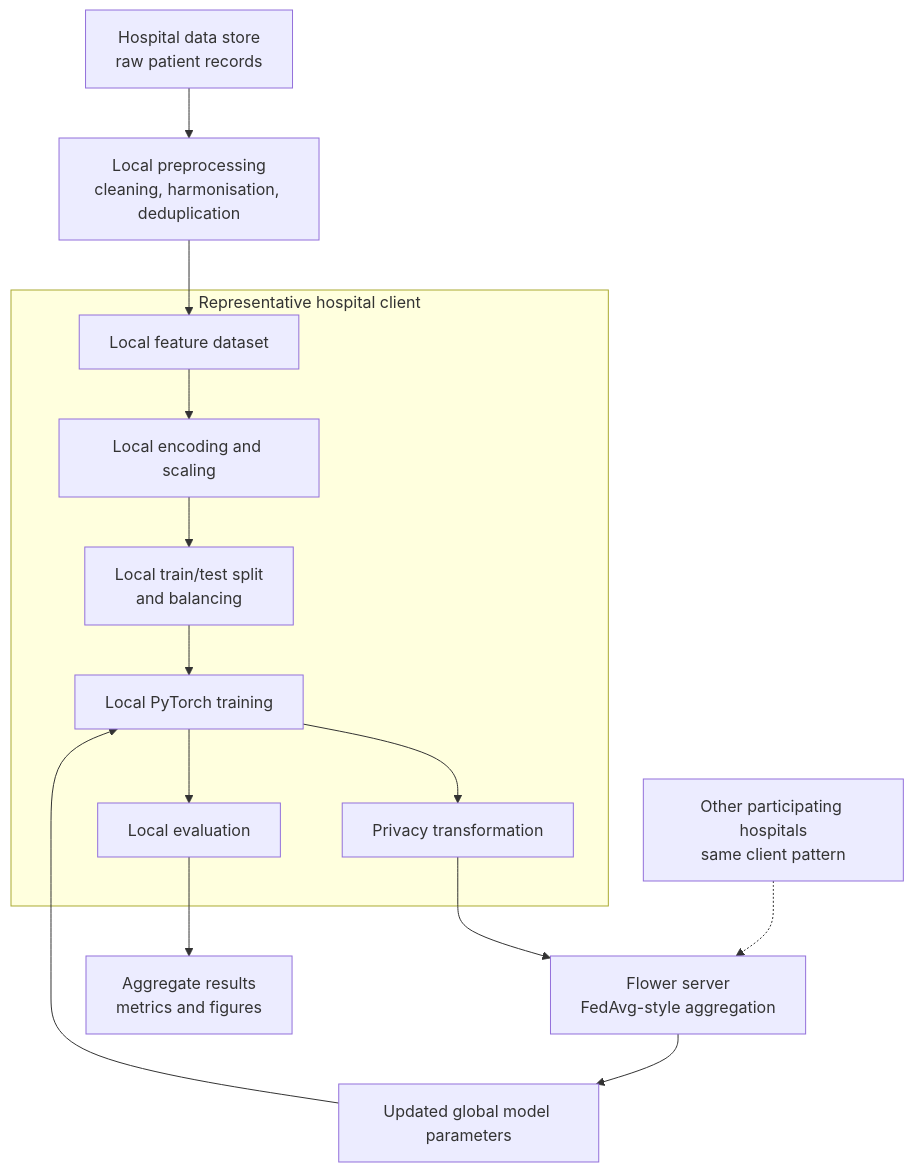
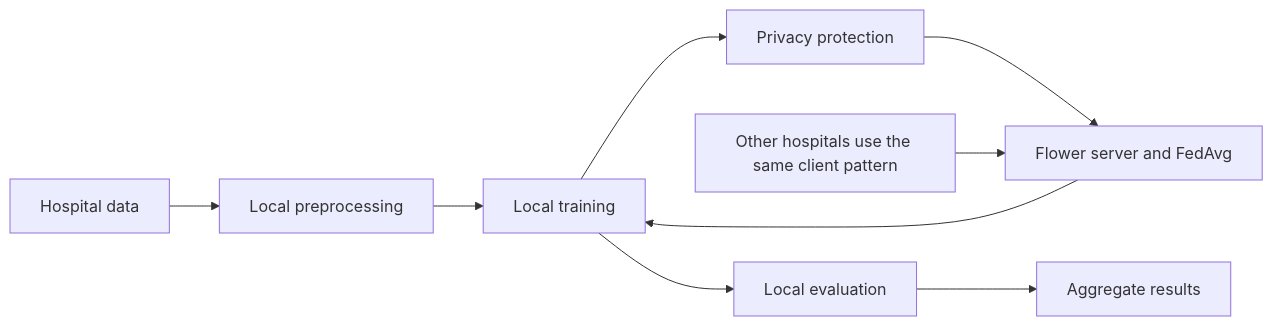
One commit to FrankSich/FedArg changed the first of 3 diagrams in README.md. Above: the diagram before and after it, drawn with Mermaid. The commit also changed other lines of this file and 1 other file, not shown here.

Commit message:
Repair visible architecture overview

````diff
--- a/README.md
+++ b/README.md
@@ -35,17 +35,11 @@
 ```mermaid
-flowchart TB
-	R[Hospital data store<br/>raw patient records] --> P[Local preprocessing<br/>cleaning, harmonisation, deduplication]
-	P --> C[Local feature dataset]
-	subgraph H[Representative hospital client]
-		C --> E[Local encoding and scaling]
-		E --> T[Local train/test split<br/>and balancing]
-		T --> M[Local PyTorch training]
-		M --> Q[Privacy transformation]
-		M --> V[Local evaluation]
-	end
-	Q --> S[Flower server<br/>FedAvg-style aggregation]
-	S --> G[Updated global model parameters]
-	G --> M
-	V --> O[Aggregate results<br/>metrics and figures]
-	K[Other participating hospitals<br/>same client pattern] -.-> S
+flowchart LR
+    A[Hospital data] --> B[Local preprocessing]
+    B --> C[Local training]
+    C --> D[Privacy protection]
+    D --> S[Flower server and FedAvg]
+    S --> C
+    C --> E[Local evaluation]
+    E --> R[Aggregate results]
+    K[Other hospitals use the same client pattern] --> S
 ```
````
